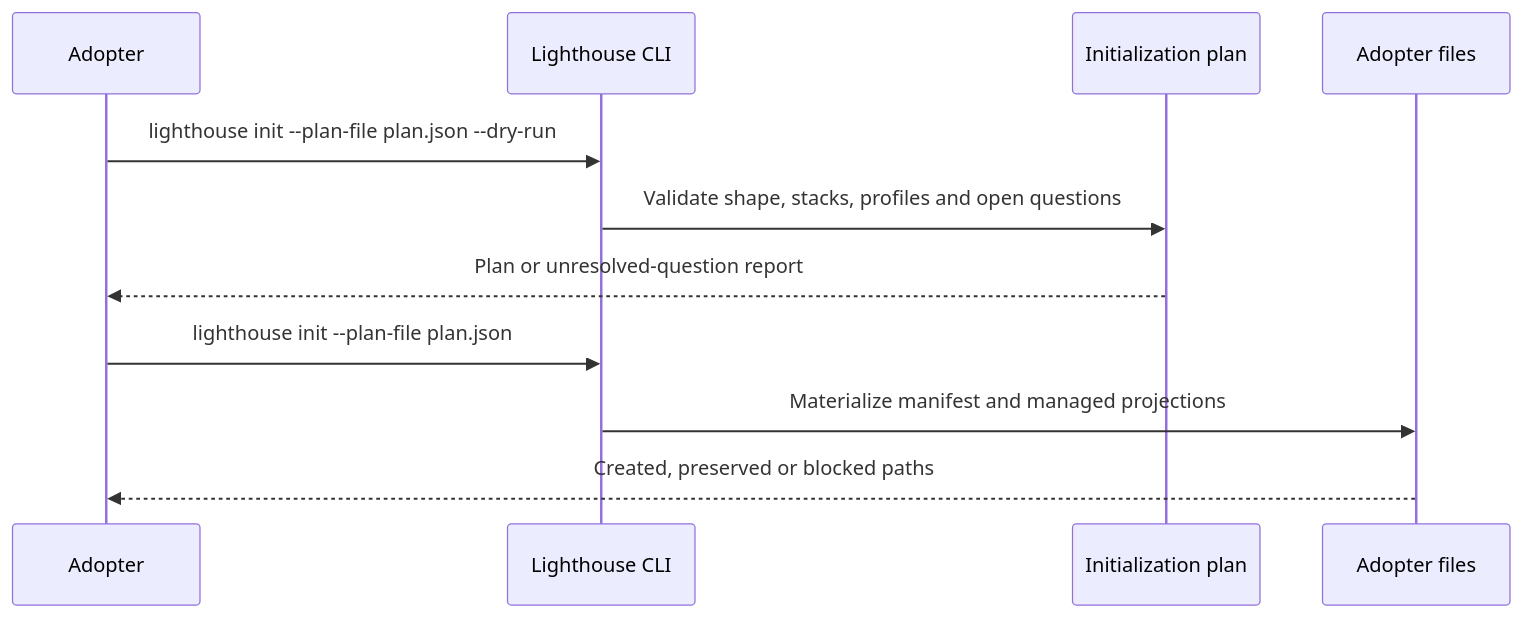
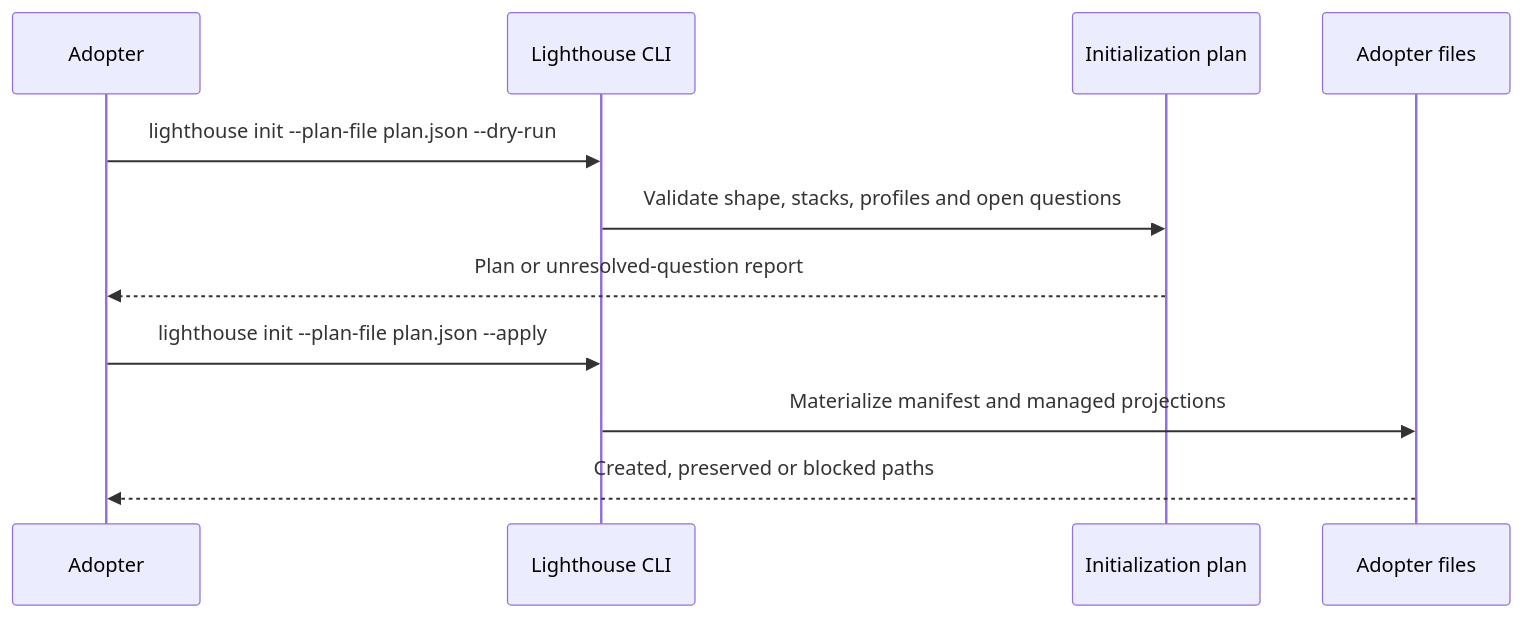
One commit to juangcarmona/lighthouse changed the fourth of 6 diagrams in docs/architecture/06-runtime-view/README.md. Above: the diagram before and after it, drawn with Mermaid. The commit also changed other lines of this file and 16 other files, not shown here.

First line of the commit message:
docs: publish interactive runtime and worker flows (#358)

````diff
--- a/docs/architecture/06-runtime-view/README.md
+++ b/docs/architecture/06-runtime-view/README.md
@@ -33,14 +106,14 @@
 ```mermaid
 sequenceDiagram
     accTitle: Current semantic initialization
     participant Adopter
     participant CLI as Lighthouse CLI
     participant Plan as Initialization plan
     participant Files as Adopter files
     Adopter->>CLI: lighthouse init --plan-file plan.json --dry-run
     CLI->>Plan: Validate shape, stacks, profiles and open questions
     Plan-->>Adopter: Plan or unresolved-question report
-    Adopter->>CLI: lighthouse init --plan-file plan.json
+    Adopter->>CLI: lighthouse init --plan-file plan.json --apply
     CLI->>Files: Materialize manifest and managed projections
     Files-->>Adopter: Created, preserved or blocked paths
 ```
````
